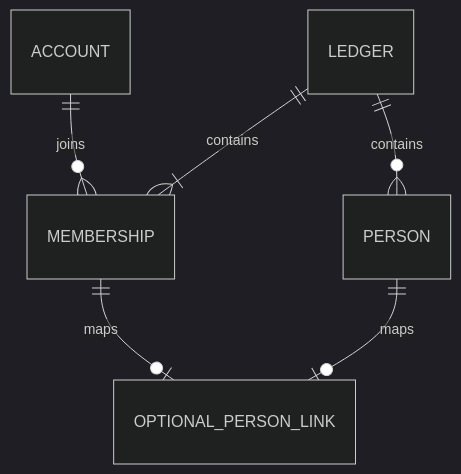
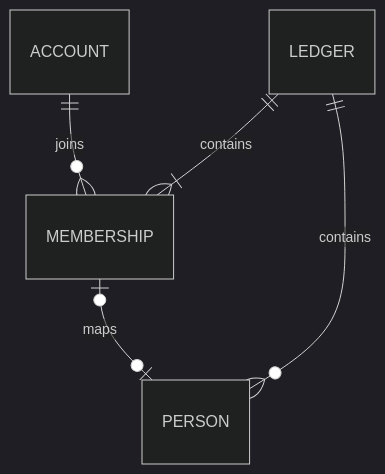
One commit to k-o-a-b-c/monetail changed the diagram in docs/58-ledger-foundation-design.md. Above: the diagram before and after it, drawn with Mermaid (dark theme). The commit also changed other lines of this file and 2 other files, not shown here.

````diff
--- a/docs/58-ledger-foundation-design.md
+++ b/docs/58-ledger-foundation-design.md
@@ -214,8 +226,7 @@
 ```mermaid
 erDiagram
     ACCOUNT ||--o{ MEMBERSHIP : joins
     LEDGER ||--|{ MEMBERSHIP : contains
     LEDGER ||--o{ PERSON : contains
-    MEMBERSHIP ||--o| OPTIONAL_PERSON_LINK : maps
-    PERSON ||--o| OPTIONAL_PERSON_LINK : maps
+    MEMBERSHIP |o--o| PERSON : maps
 ```
````
